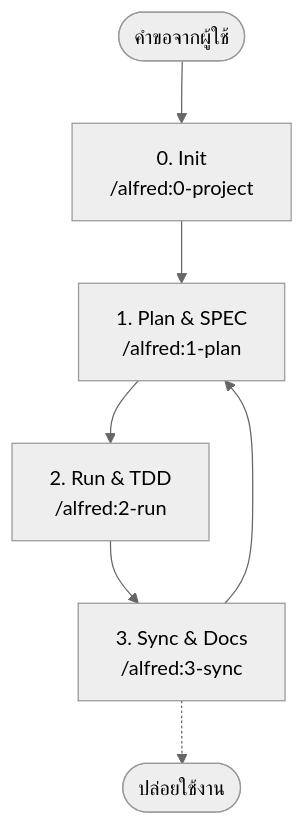
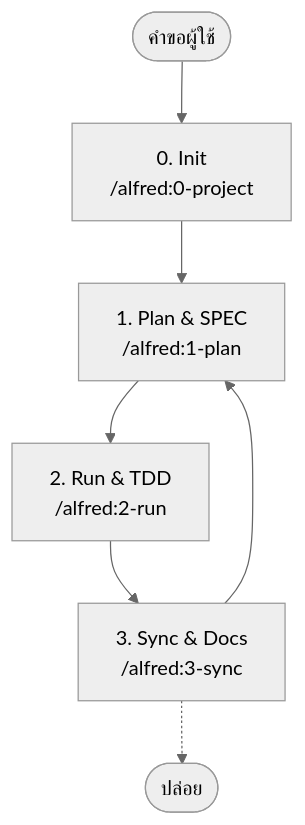
One commit to modu-ai/moai-adk changed the diagram in README.th.md. Above: the diagram before and after it, drawn with Mermaid. The commit also changed other lines of this file and 10 other files, not shown here.

````diff
--- a/README.th.md
+++ b/README.th.md
@@ -126,10 +363,10 @@
 ```mermaid
 %%{init: {'theme':'neutral'}}%%
 graph TD
-    Start([คำขอจากผู้ใช้]) --> Init[0. Init<br/>/alfred:0-project]
+    Start([คำขอผู้ใช้]) --> Init[0. Init<br/>/alfred:0-project]
     Init --> Plan[1. Plan & SPEC<br/>/alfred:1-plan]
     Plan --> Run[2. Run & TDD<br/>/alfred:2-run]
     Run --> Sync[3. Sync & Docs<br/>/alfred:3-sync]
     Sync --> Plan
-    Sync -.-> End([ปล่อยใช้งาน])
+    Sync -.-> End([ปล่อย])
 ```
````
